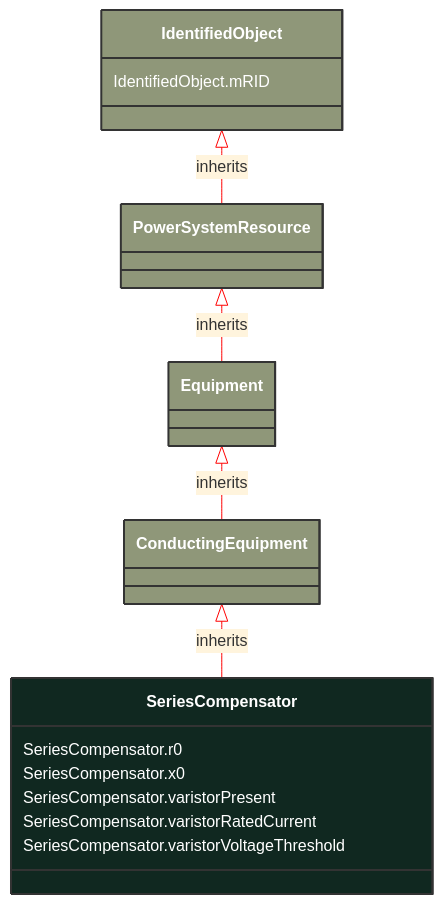
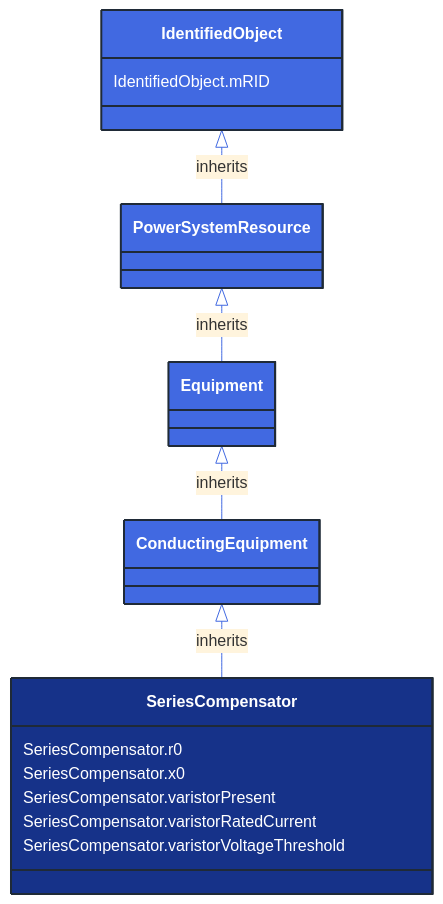
Before and after one commit to 3lbits/NoCIMExtensions: the diagram in docs/Models/Profiles/ShortCircuit/ConcreteClasses/SeriesCompensator.md, drawn with Mermaid. The commit also changed 362 other files, not shown here.

First line of the commit message:
Update diagrams and styles for improved visual consistency

````diff
--- a/docs/Models/Profiles/ShortCircuit/ConcreteClasses/SeriesCompensator.md
+++ b/docs/Models/Profiles/ShortCircuit/ConcreteClasses/SeriesCompensator.md
@@ -8,32 +8,32 @@
 ```mermaid
-%%{init: {'theme':'base','themeVariables': {'lineColor': '#FF0000'}}}%%
+%%{init: {'theme':'base','themeVariables': {'lineColor': '#4169E1'}}}%%
 classDiagram
     class SeriesCompensator
     click SeriesCompensator href "/Models/Profiles/ShortCircuit/ConcreteClasses/SeriesCompensator/"
-    style SeriesCompensator fill:#102820,stroke:#333,stroke-width:2px,rx:10,ry:10,color:white
+    style SeriesCompensator fill:#163289,stroke:#1F2A37,stroke-width:2px,rx:10,ry:10,color:white
      
         ConductingEquipment <|-- SeriesCompensator : inherits
             click ConductingEquipment href "/Models/Profiles/ShortCircuit/AbstractClasses/ConductingEquipment/"
-            style ConductingEquipment fill:#8F9779,stroke:#333,stroke-width:2px,rx:10,ry:10,color:white
+            style ConductingEquipment fill:#4169E1,stroke:#1F2A37,stroke-width:2px,rx:10,ry:10,color:white
      
         Equipment <|-- ConductingEquipment : inherits
             click Equipment href "/Models/Profiles/ShortCircuit/AbstractClasses/Equipment/"
-            style Equipment fill:#8F9779,stroke:#333,stroke-width:2px,rx:10,ry:10,color:white
+            style Equipment fill:#4169E1,stroke:#1F2A37,stroke-width:2px,rx:10,ry:10,color:white
      
         PowerSystemResource <|-- Equipment : inherits
             click PowerSystemResource href "/Models/Profiles/ShortCircuit/AbstractClasses/PowerSystemResource/"
-            style PowerSystemResource fill:#8F9779,stroke:#333,stroke-width:2px,rx:10,ry:10,color:white
+            style PowerSystemResource fill:#4169E1,stroke:#1F2A37,stroke-width:2px,rx:10,ry:10,color:white
      
         IdentifiedObject <|-- PowerSystemResource : inherits
             click IdentifiedObject href "/Models/Profiles/ShortCircuit/AbstractClasses/IdentifiedObject/"
-            style IdentifiedObject fill:#8F9779,stroke:#333,stroke-width:2px,rx:10,ry:10,color:white
+            style IdentifiedObject fill:#4169E1,stroke:#1F2A37,stroke-width:2px,rx:10,ry:10,color:white
 
 
 
         SeriesCompensator : SeriesCompensator.r0
         SeriesCompensator : SeriesCompensator.x0
         SeriesCompensator : SeriesCompensator.varistorPresent
         SeriesCompensator : SeriesCompensator.varistorRatedCurrent
         SeriesCompensator : SeriesCompensator.varistorVoltageThreshold
         IdentifiedObject : IdentifiedObject.mRID
 ```
````
